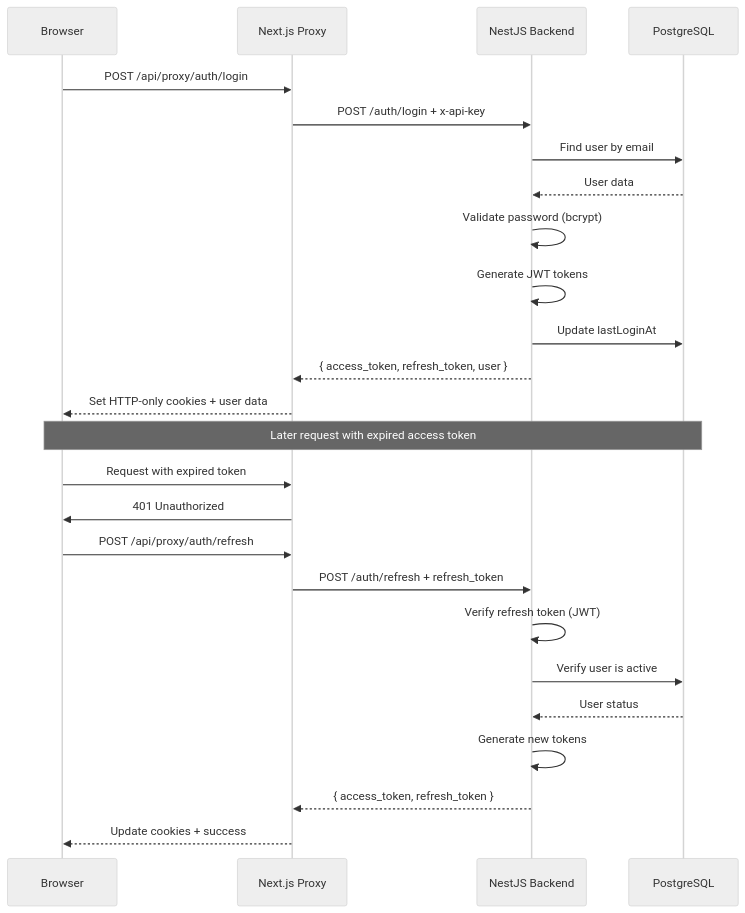
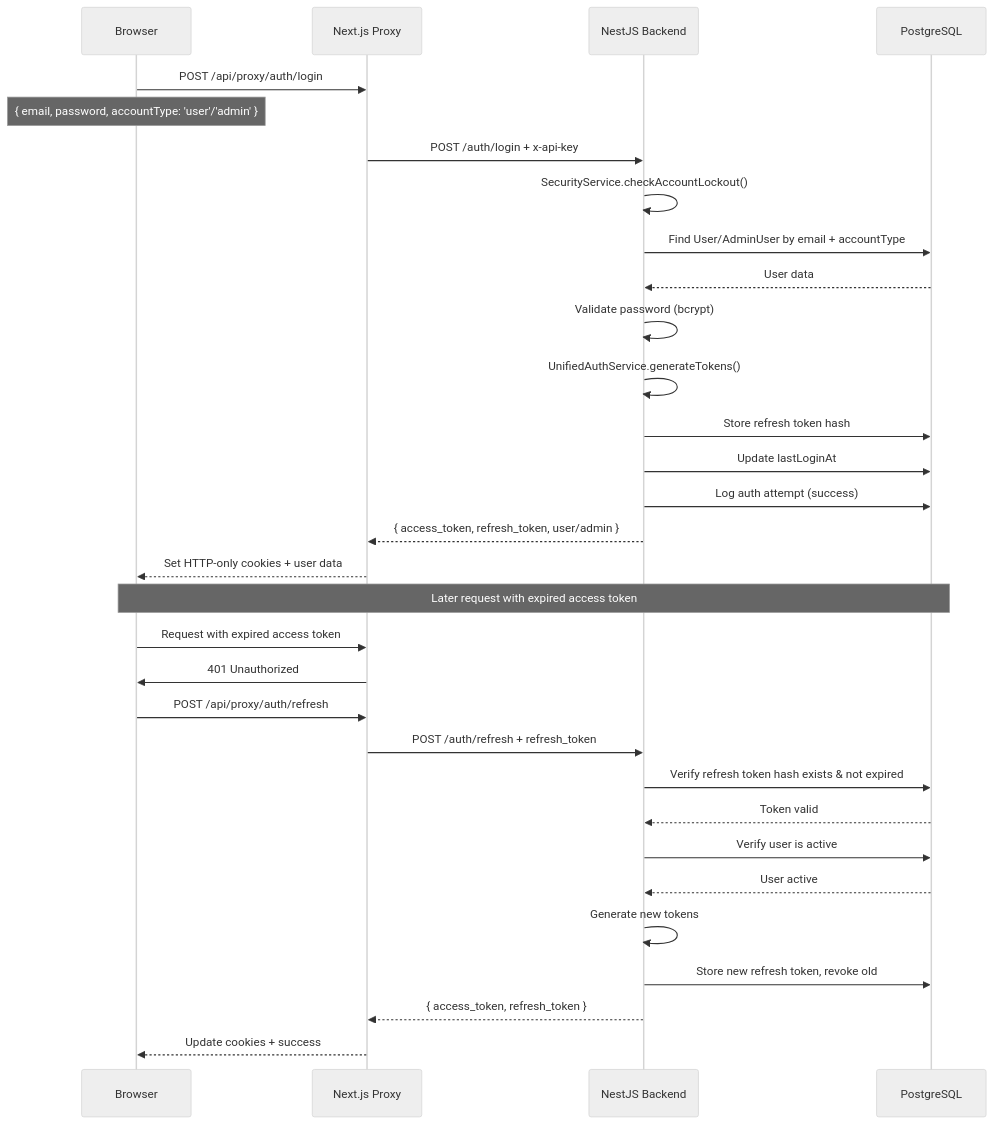
The diagram in .helper/architecture/01-authentication.md (KennethAtchon/Loctelli), drawn with Mermaid (neutral theme) before and after one commit. The commit also changed other lines of this file and 25 other files, not shown here.

````diff
--- a/.helper/architecture/01-authentication.md
+++ b/.helper/architecture/01-authentication.md
@@ -105,30 +208,37 @@
 ```mermaid
 sequenceDiagram
     participant Browser
     participant NextJS as Next.js Proxy
     participant Backend as NestJS Backend
     participant DB as PostgreSQL
 
     Browser->>NextJS: POST /api/proxy/auth/login
+    Note over Browser: { email, password, accountType: 'user'/'admin' }
+
     NextJS->>Backend: POST /auth/login + x-api-key
-    Backend->>DB: Find user by email
+    Backend->>Backend: SecurityService.checkAccountLockout()
+    Backend->>DB: Find User/AdminUser by email + accountType
     DB-->>Backend: User data
     Backend->>Backend: Validate password (bcrypt)
-    Backend->>Backend: Generate JWT tokens
+    Backend->>Backend: UnifiedAuthService.generateTokens()
+    Backend->>DB: Store refresh token hash
     Backend->>DB: Update lastLoginAt
-    Backend-->>NextJS: { access_token, refresh_token, user }
+    Backend->>DB: Log auth attempt (success)
+    Backend-->>NextJS: { access_token, refresh_token, user/admin }
     NextJS-->>Browser: Set HTTP-only cookies + user data
 
     Note over Browser,DB: Later request with expired access token
 
-    Browser->>NextJS: Request with expired token
+    Browser->>NextJS: Request with expired access token
     NextJS->>Browser: 401 Unauthorized
     Browser->>NextJS: POST /api/proxy/auth/refresh
     NextJS->>Backend: POST /auth/refresh + refresh_token
-    Backend->>Backend: Verify refresh token (JWT)
+    Backend->>DB: Verify refresh token hash exists & not expired
+    DB-->>Backend: Token valid
     Backend->>DB: Verify user is active
-    DB-->>Backend: User status
+    DB-->>Backend: User active
     Backend->>Backend: Generate new tokens
+    Backend->>DB: Store new refresh token, revoke old
     Backend-->>NextJS: { access_token, refresh_token }
     NextJS-->>Browser: Update cookies + success
 ```
````
